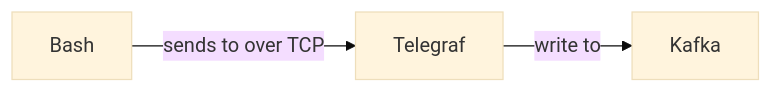
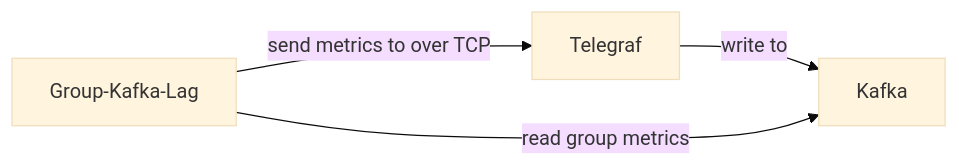
Diagram 11 of 11 in README.md (framiere/monitoring-demo), drawn with Mermaid (base theme) before and after one commit. The commit also changed other lines of this file and 8 other files, not shown here.

````diff
--- a/README.md
+++ b/README.md
@@ -819,5 +819,6 @@
 ```mermaid
 graph LR;
     Telegraf -- write to --> Kafka
-    Bash -- sends to over TCP --> Telegraf
+    Group-Kafka-Lag -- read group metrics --> Kafka
+    Group-Kafka-Lag -- send metrics to over TCP --> Telegraf
 ```
````
